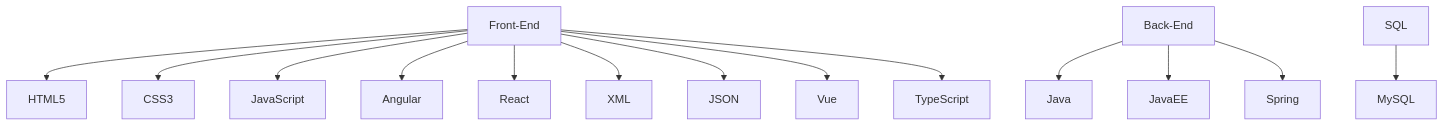
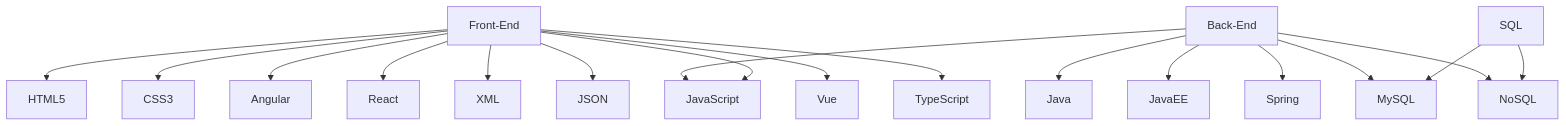
One commit to Maxnegrao33/Maxnegrao33 changed the diagram in README.md. Above: the diagram before and after it, drawn with Mermaid.

````diff
--- a/README.md
+++ b/README.md
@@ -116,20 +116,23 @@
 ```mermaid
 graph TD;
     Front-End-->HTML5;
     Front-End-->CSS3;
     Front-End-->JavaScript;
     Front-End-->Angular;
     Front-End-->React;
     Front-End-->XML;
     Front-End-->JSON;
     Front-End-->Vue;
     Front-End-->TypeScript;
 
     Back-End-->Java
     Back-End-->JavaEE
     Back-End-->Spring
-    
+    Back-End-->JavaScript
    
     SQL-->MySQL
+    SQL-->NoSQL
+    Back-End-->NoSQL
+    Back-End-->MySQL
    
    ```
````
